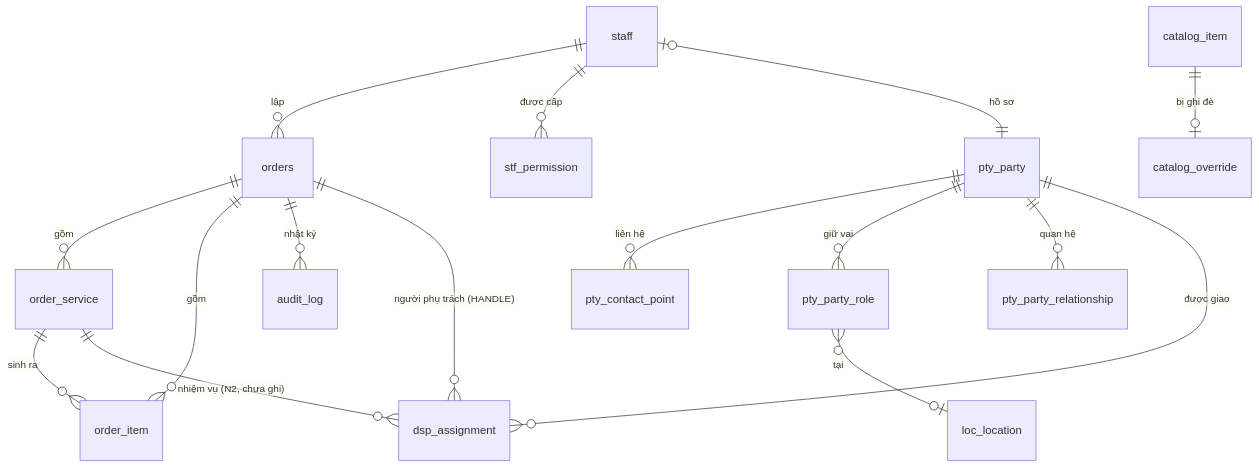
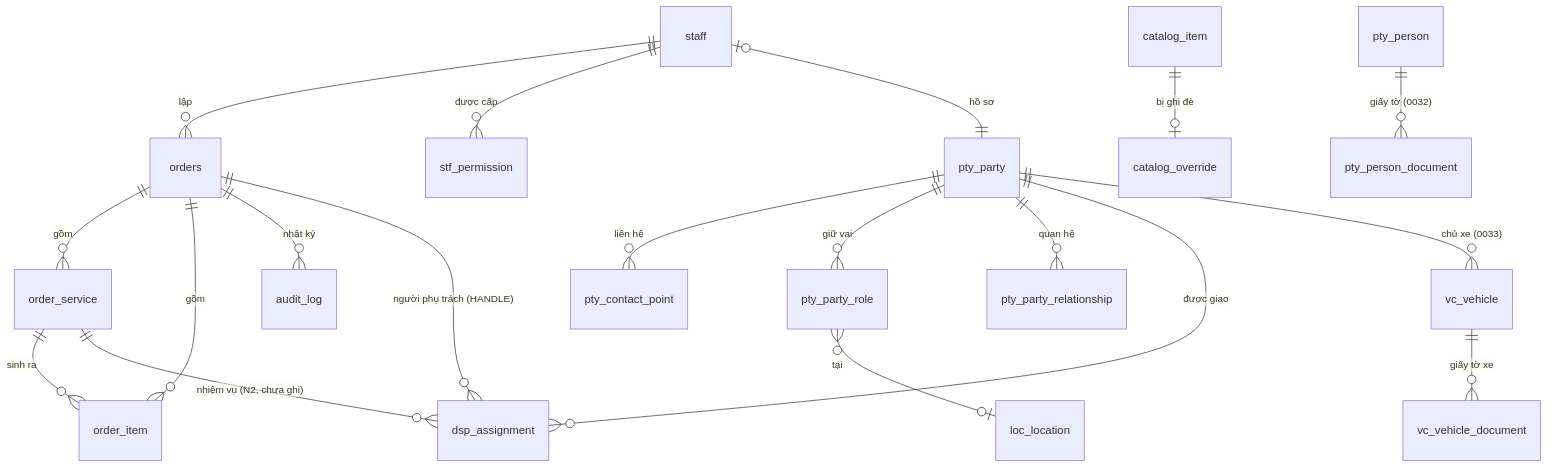
Before and after one commit to luutuanvu1010/tourdaobooking: the third of 5 diagrams in docs/SYSTEM-DESIGN.md, drawn with Mermaid. The commit also changed other lines of this file and 3 other files, not shown here.

````diff
--- a/docs/SYSTEM-DESIGN.md
+++ b/docs/SYSTEM-DESIGN.md
@@ -244,18 +250,21 @@
 ```mermaid
 erDiagram
   staff ||--o{ orders : "lập"
   staff ||--o{ stf_permission : "được cấp"
   staff |o--|| pty_party : "hồ sơ"
   orders ||--o{ order_service : "gồm"
   orders ||--o{ order_item : "gồm"
   order_service ||--o{ order_item : "sinh ra"
   catalog_item ||--o| catalog_override : "bị ghi đè"
   pty_party ||--o{ pty_contact_point : "liên hệ"
   pty_party ||--o{ pty_party_role : "giữ vai"
   pty_party_role }o--o| loc_location : "tại"
   pty_party ||--o{ pty_party_relationship : "quan hệ"
   orders ||--o{ audit_log : "nhật ký"
   orders ||--o{ dsp_assignment : "người phụ trách (HANDLE)"
   order_service ||--o{ dsp_assignment : "nhiệm vụ (N2, chưa ghi)"
   pty_party ||--o{ dsp_assignment : "được giao"
+  pty_person ||--o{ pty_person_document : "giấy tờ (0032)"
+  pty_party ||--o{ vc_vehicle : "chủ xe (0033)"
+  vc_vehicle ||--o{ vc_vehicle_document : "giấy tờ xe"
 ```
````
